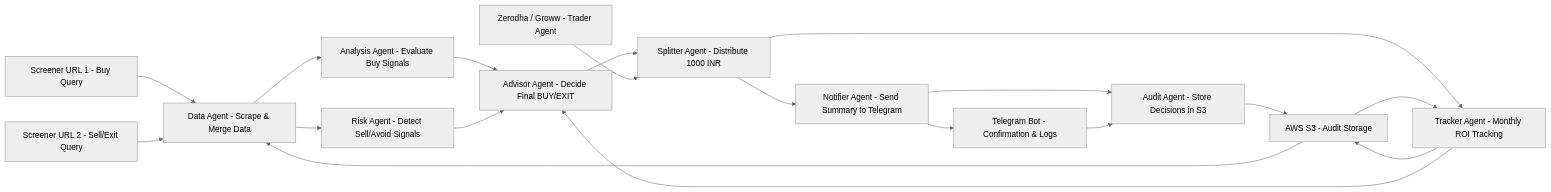
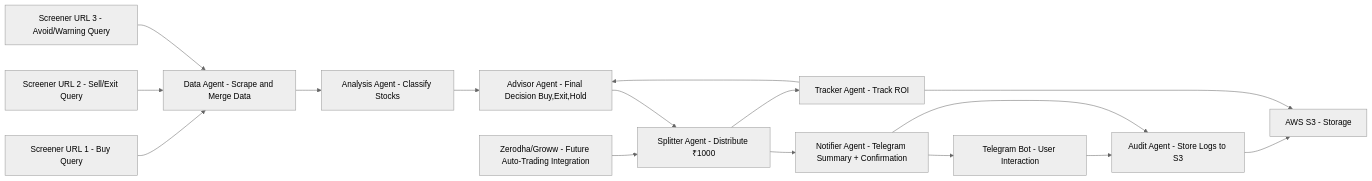
Before and after one commit to tarunvelagala/agentpenny: the first of 4 diagrams in README.md, drawn with Mermaid (neutral theme). The commit also changed other lines of this file, not shown here.

Commit message:
Update flowchart and state diagram in README

````diff
--- a/README.md
+++ b/README.md
@@ -53,42 +53,38 @@
 ```mermaid
 flowchart LR
     %% Screener Data Inputs
-    S1[Screener URL 1 - Buy Query]
-    S2[Screener URL 2 - Sell/Exit Query]
-    S3[Screener URL 3 - Avoid Query]
+    Screener1[Screener URL 1 - Buy Query]
+    Screener2[Screener URL 2 - Sell/Exit Query]
+    Screener3[Screener URL 3 - Avoid/Warning Query]
 
     %% Agents
-    D[Data Agent - Scrape & Merge Data]
-    A[Analysis Agent - Evaluate Buy Signals]
-    R[Risk Agent - Detect Sell/Avoid Signals]
-    AD[Advisor Agent - Decide Final BUY/EXIT]
-    SP[Splitter Agent - Distribute 1000 INR]
-    N[Notifier Agent - Send Summary to Telegram]
-    AU[Audit Agent - Store Decisions in S3]
-    T[Tracker Agent - Monthly ROI Tracking]
+    D[Data Agent - Scrape and Merge Data]
+    A[Analysis Agent - Classify Stocks]
+    AD[Advisor Agent - Final Decision Buy,Exit,Hold]
+    SP[Splitter Agent - Distribute ₹1000]
+    N[Notifier Agent - Telegram Summary + Confirmation]
+    AU[Audit Agent - Store Logs to S3]
+    T[Tracker Agent - Track ROI]
 
     %% External Components
-    TG[Telegram Bot - Confirmation & Logs]
-    S3[AWS S3 - Audit Storage]
-    Z[Zerodha / Groww - Trader Agent]
+    TG[Telegram Bot - User Interaction]
+    AWS_S3[AWS S3 - Storage]
+    Z[Zerodha/Groww - Future Auto-Trading Integration]
 
     %% Flow
-    S1 --> D
-    S2 --> D
-    S3 --> D
+    Screener1 --> D
+    Screener2 --> D
+    Screener3 --> D
     D --> A
-    D --> R
     A --> AD
-    R --> AD
     AD --> SP
     SP --> N
     N --> TG
     N --> AU
-    AU --> S3
-    T --> S3
+    AU --> AWS_S3
+    T --> AWS_S3
     TG --> AU
     SP --> T
-    S3 --> T
     T --> AD
     Z --> SP
 ```
````
